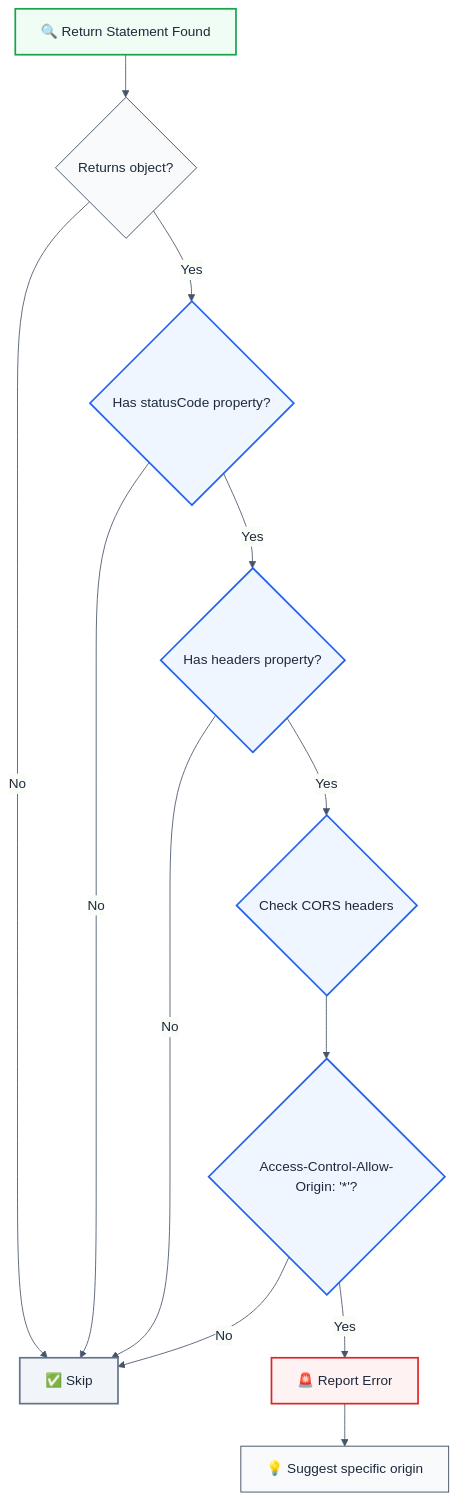
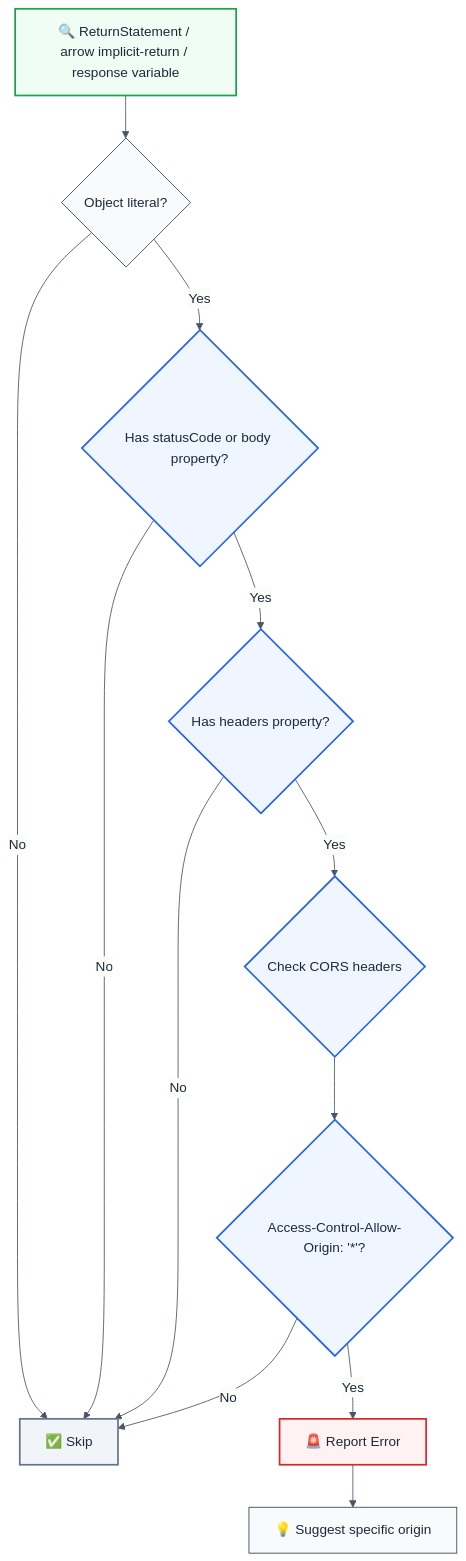
One commit to ofri-peretz/eslint changed the diagram in packages/eslint-plugin-lambda-security/docs/rules/no-permissive-cors-response.md. Above: the diagram before and after it, drawn with Mermaid. The commit also changed 1 other file, not shown here.

Commit message:
docs(lambda-security): address PR review — name `&&` in semanticParent JSDoc, fix CORS flowchart
The JSDoc listed only `??`/`||`, but `LogicalExpression` also covers `&&` —
that's what makes `if (event.httpMethod === 'POST' && event.body)` resolve to
the enclosing IfStatement guard. Naming it stops a future reader from adding a
redundant operator-guarded branch.

The no-permissive-cors-response flowchart still showed ReturnStatement as the
sole entry point and `statusCode` as the sole discriminator; both were already
inaccurate for the response-variable path and are now wrong for the arrow path
too.

````diff
--- a/packages/eslint-plugin-lambda-security/docs/rules/no-permissive-cors-response.md
+++ b/packages/eslint-plugin-lambda-security/docs/rules/no-permissive-cors-response.md
@@ -42,33 +42,33 @@
 ```mermaid
 %%{init: {
   'theme': 'base',
   'themeVariables': {
     'primaryColor': '#f8fafc',
     'primaryTextColor': '#1e293b',
     'primaryBorderColor': '#334155',
     'lineColor': '#475569'
   }
 }}%%
 flowchart TD
-    A[🔍 Return Statement Found] --> B{Returns object?}
+    A[🔍 ReturnStatement / arrow implicit-return / response variable] --> B{Object literal?}
     B -->|No| C[✅ Skip]
-    B -->|Yes| D{Has statusCode property?}
+    B -->|Yes| D{Has statusCode or body property?}
     D -->|No| C
     D -->|Yes| E{Has headers property?}
     E -->|No| C
     E -->|Yes| F{Check CORS headers}
     F --> G{Access-Control-Allow-Origin: '*'?}
     G -->|Yes| H[🚨 Report Error]
     G -->|No| C
     H --> I[💡 Suggest specific origin]
 
     classDef startNode fill:#f0fdf4,stroke:#16a34a,stroke-width:2px
     classDef errorNode fill:#fef2f2,stroke:#dc2626,stroke-width:2px
     classDef processNode fill:#eff6ff,stroke:#2563eb,stroke-width:2px
     classDef skipNode fill:#f1f5f9,stroke:#64748b,stroke-width:2px
 
     class A startNode
     class H errorNode
     class D,E,F,G processNode
     class C skipNode
 ```
````
